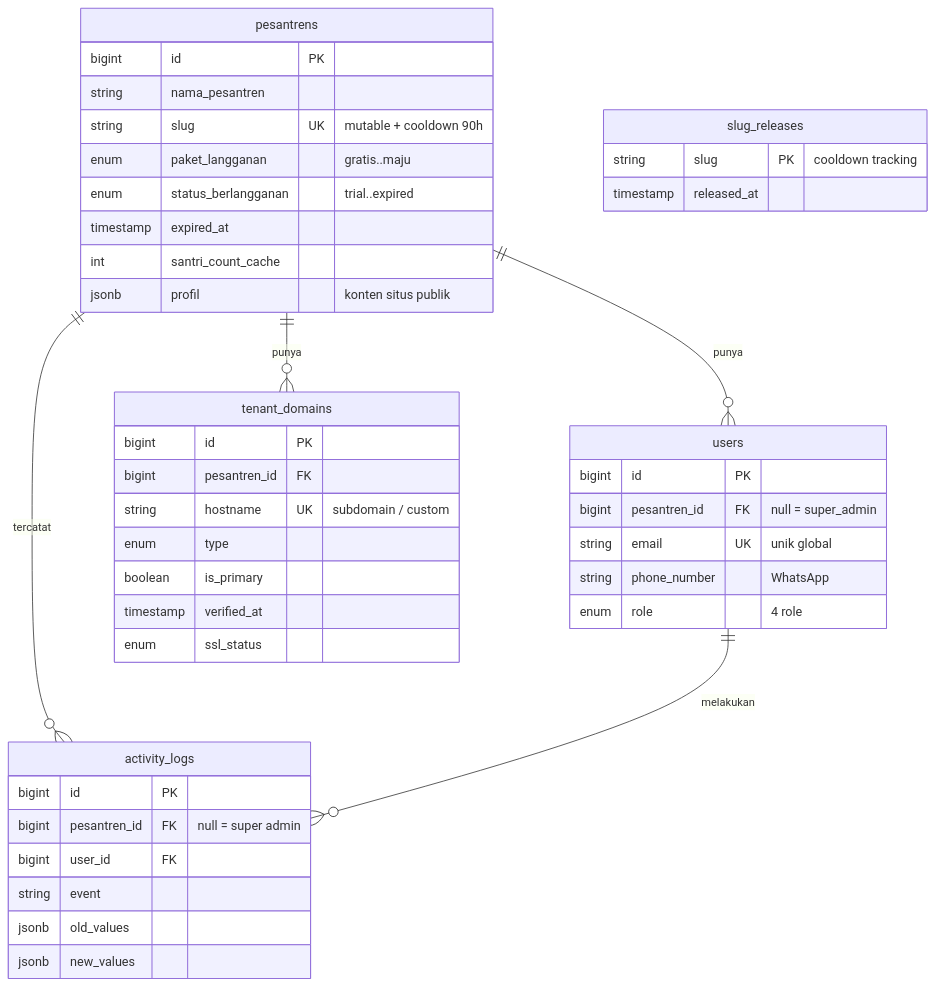
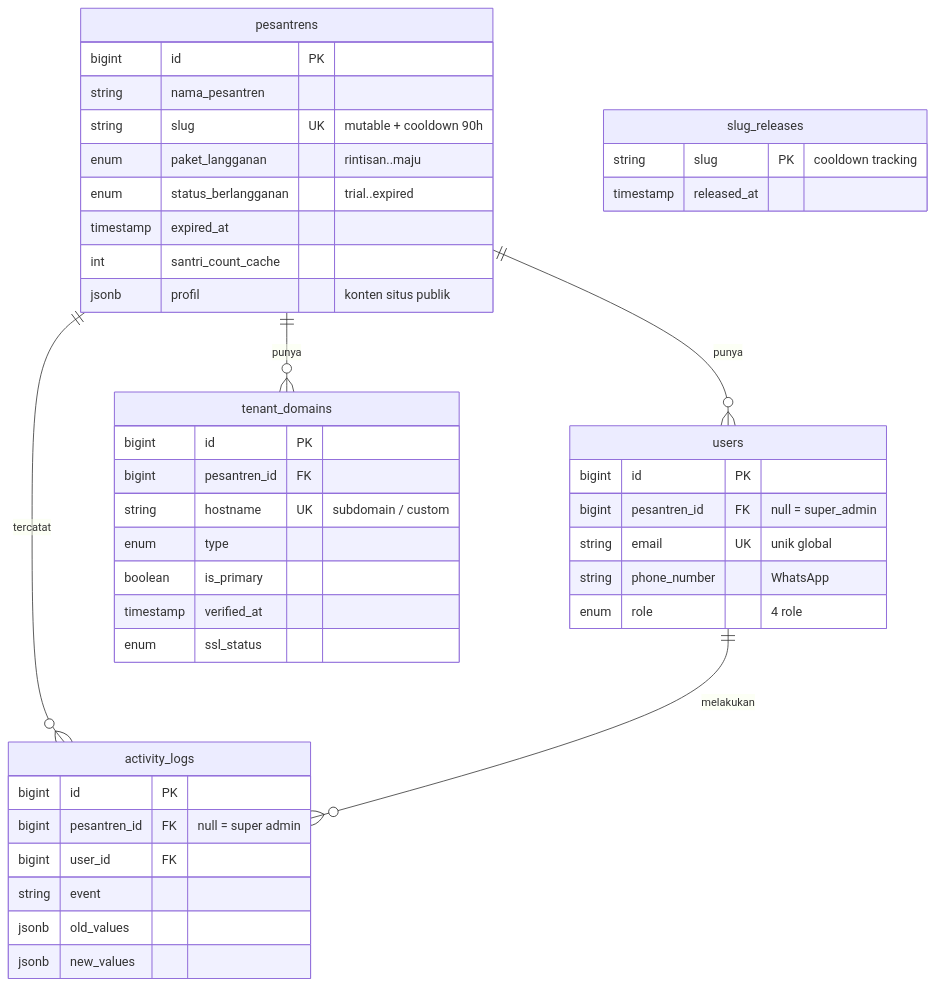
Before and after one commit to fazaid/walisantri: the first of 2 diagrams in docs/walisantri-prd-v4.md, drawn with Mermaid. The commit also changed other lines of this file and 8 other files, not shown here.

````diff
--- a/docs/walisantri-prd-v4.md
+++ b/docs/walisantri-prd-v4.md
@@ -154,45 +154,45 @@
 ```mermaid
 erDiagram
   pesantrens ||--o{ users : punya
   pesantrens ||--o{ tenant_domains : punya
   pesantrens ||--o{ activity_logs : tercatat
   users ||--o{ activity_logs : melakukan
   pesantrens {
     bigint id PK
     string nama_pesantren
     string slug UK "mutable + cooldown 90h"
-    enum paket_langganan "gratis..maju"
+    enum paket_langganan "rintisan..maju"
     enum status_berlangganan "trial..expired"
     timestamp expired_at
     int santri_count_cache
     jsonb profil "konten situs publik"
   }
   users {
     bigint id PK
     bigint pesantren_id FK "null = super_admin"
     string email UK "unik global"
     string phone_number "WhatsApp"
     enum role "4 role"
   }
   tenant_domains {
     bigint id PK
     bigint pesantren_id FK
     string hostname UK "subdomain / custom"
     enum type
     boolean is_primary
     timestamp verified_at
     enum ssl_status
   }
   activity_logs {
     bigint id PK
     bigint pesantren_id FK "null = super admin"
     bigint user_id FK
     string event
     jsonb old_values
     jsonb new_values
   }
   slug_releases {
     string slug PK "cooldown tracking"
     timestamp released_at
   }
 ```
````
